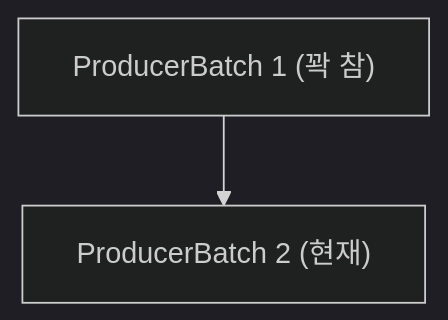
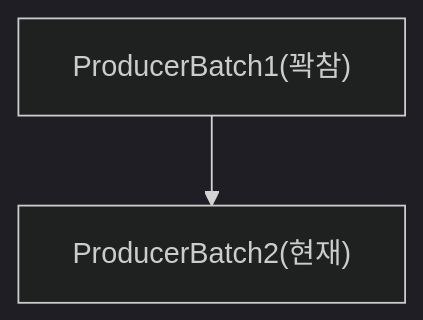
Before and after one commit to yjkim2015/yjkim2015.github.io: the second of 21 diagrams in _posts/kafka/2026-05-01-kafka-internals.md, drawn with Mermaid (dark theme). The commit also changed other lines of this file and 48 other files, not shown here.

First line of the commit message:
Mermaid 최종 47건 수정: participant/노드/줄수/라벨 전부 기준 이하

````diff
--- a/_posts/kafka/2026-05-01-kafka-internals.md
+++ b/_posts/kafka/2026-05-01-kafka-internals.md
@@ -30,4 +30,4 @@
 ```mermaid
 graph TD
-    B1["ProducerBatch 1 (꽉 참)"] --> B2["ProducerBatch 2 (현재)"]
+    B1["ProducerBatch1(꽉참)"] --> B2["ProducerBatch2(현재)"]
 ```
````
